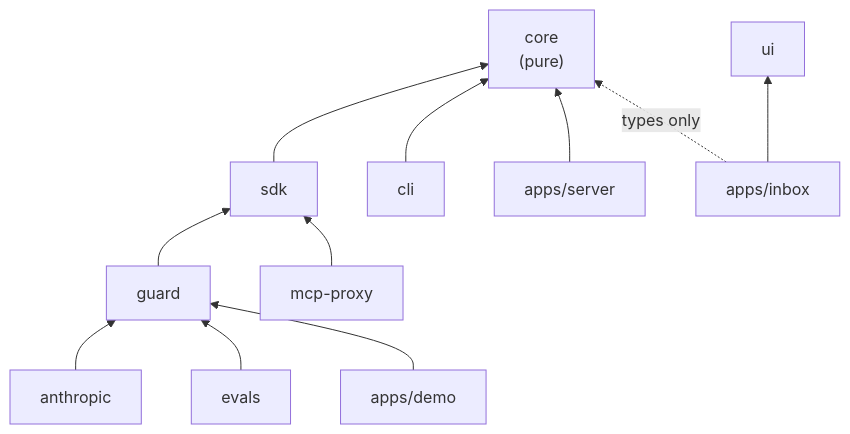
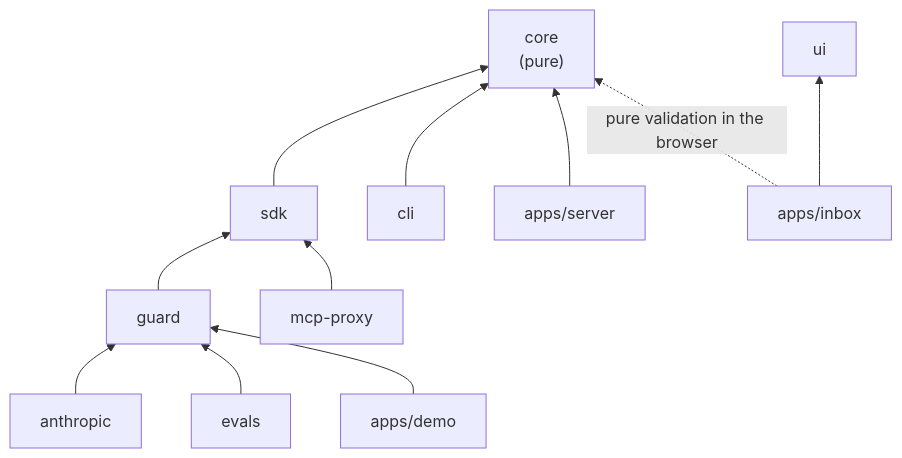
One commit to AbdullahMukadam/intentlock changed the diagram in docs/STRUCTURE.md. Above: the diagram before and after it, drawn with Mermaid. The commit also changed other lines of this file and 7 other files, not shown here.

````diff
--- a/docs/STRUCTURE.md
+++ b/docs/STRUCTURE.md
@@ -330,14 +331,14 @@
 ```mermaid
 flowchart BT
     core["core<br/>(pure)"]
     sdk --> core
     guard --> sdk
     anthropic --> guard
     cli --> core
     evals --> guard
     mcp["mcp-proxy"] --> sdk
     server["apps/server"] --> core
     demo["apps/demo"] --> guard
-    inbox["apps/inbox"] -.->|types only| core
+    inbox["apps/inbox"] -.->|pure validation in the browser| core
     inbox --> ui["ui"]
 ```
````
